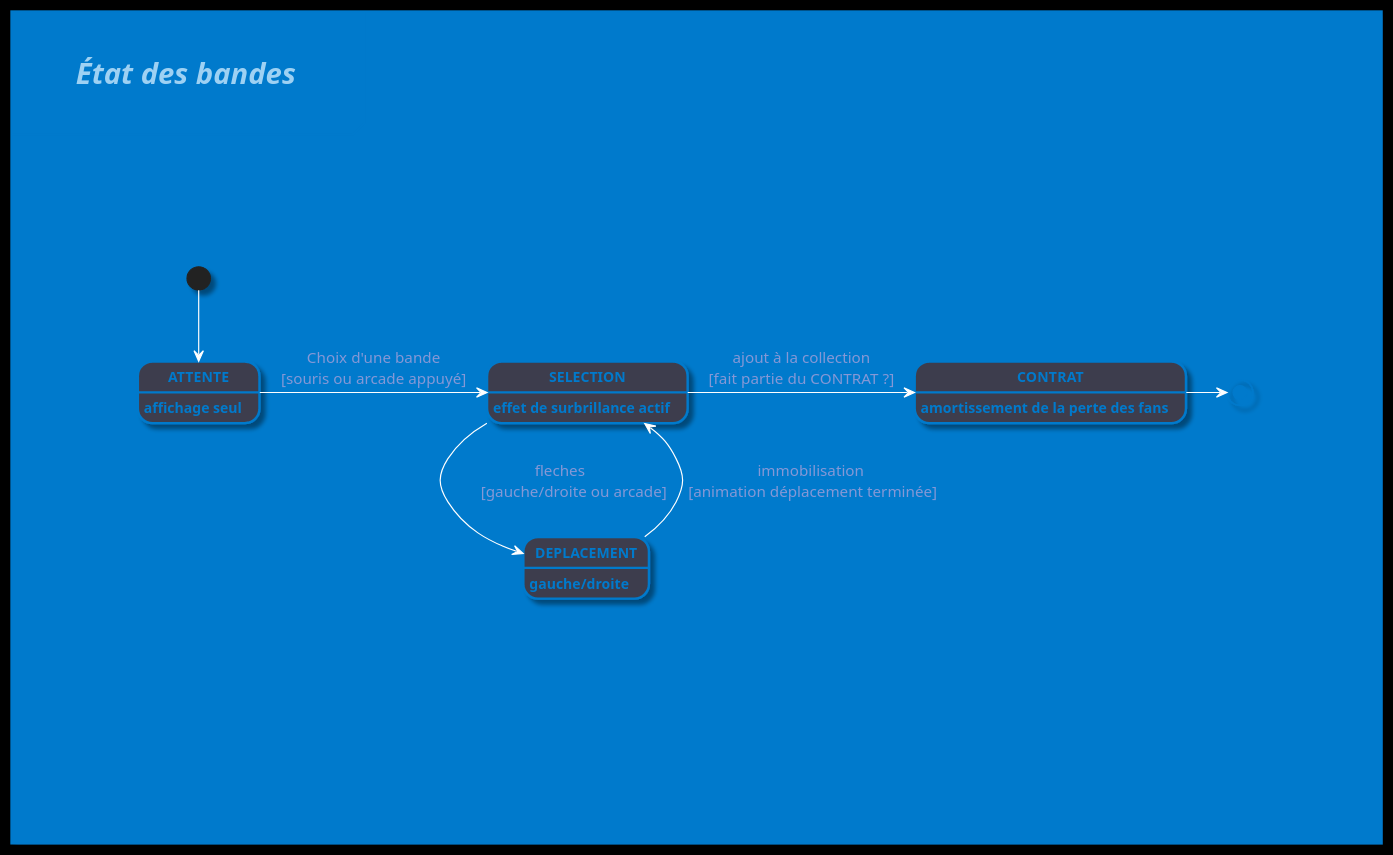
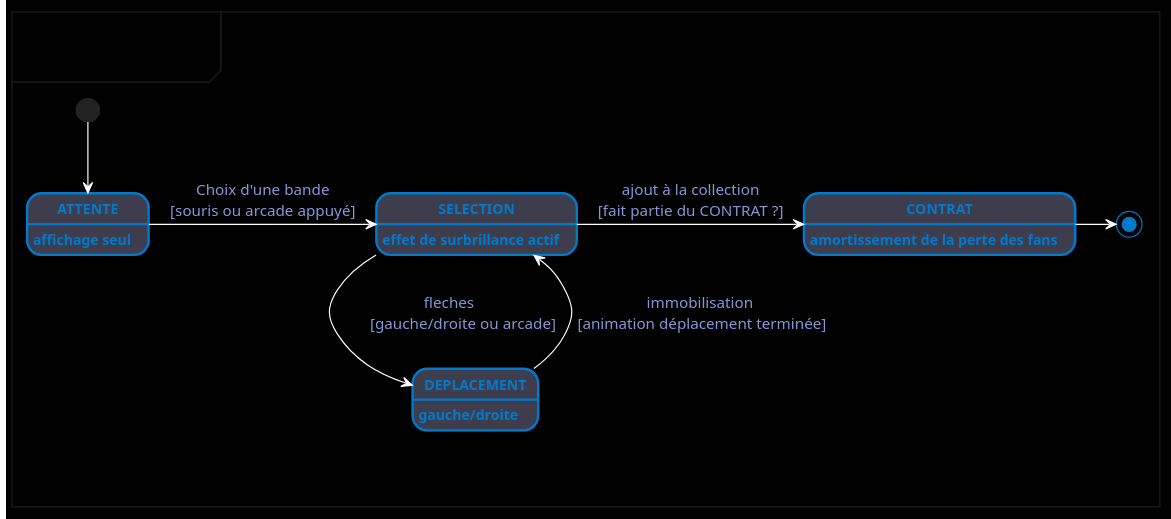
Before and after one commit to MaiveCL/Projet_session_JV: the diagram in docs/uml/puml/BandesStateDiagram.puml, drawn with PlantUML.

Commit message:
test uml auto-export

```diff
--- a/docs/uml/puml/BandesStateDiagram.puml
+++ b/docs/uml/puml/BandesStateDiagram.puml
@@ -1,66 +1,46 @@
 @startuml "État des bandes"
 ' Définir le style global
 skinparam {
-    backgroundColor 000000ff
+    backgroundColor 000000
     ' #000000 = oui
     ' #007acc = oui
     ' 92cc00ff = non, donne blanc ou ignoré
     shadowing true
     ' oui
     FontName "Consolas"
-    ArrowColor ffffffff
+    ArrowColor ffffff
     ' #ffffffff
-    ArrowFontColor 8598d6ff
+    ArrowFontColor 8598d6
     ' #8598d6ff
-    StartColor ff02c4ff
+    StartColor ff02c4
     ' #ff02c4ff = non, ignoré ou noir
     EndColor ff02c4
     ' #ff02c4 = non, ignoré ou noir
 }
 ' Style pour les states
 skinparam state {
-    BackgroundColor 3e3e4eff
+    BackgroundColor 3e3e4e
     ' #3e3e4eff = non, ignoré ou blanc
     fontColor 007acc
     ' #007acc
     BorderThickness 2.0
     BorderColor 007acc
     ' #007acc
     FontName "Consolas"
     FontSize 12
     FontStyle bold
 }
-<style>
-mainframe {
-  LineColor #007acc
-  ' #007acc
-  LineThickness 2.0
-  FontColor 9ed1f3ff
-  ' #9ed1f3ff
-  FontSize 25
-  FontStyle italic
-  ' non
-  Margin 50
-  ' non
-  Padding 100
-  ' non
-  backgroundColor : #007acc
-  ' 007acc = non, ignoré
-  ' 000000ff = non, ignoré
-  ' #000000 = non, ignoré
-}
-</style>
 mainframe \n\t**État des bandes**\t\n
 
     state ATTENTE : affichage seul
     state SELECTION : effet de surbrillance actif
     state DEPLACEMENT : gauche/droite
     state CONTRAT : amortissement de la perte des fans
 
     [*] --> ATTENTE
     ATTENTE -> SELECTION : Choix d'une bande\n[souris ou arcade appuyé]
     SELECTION -> DEPLACEMENT : fleches\n\t[gauche/droite ou arcade]\t
     DEPLACEMENT --> SELECTION :immobilisation\n [animation déplacement terminée]
     SELECTION -> CONTRAT :ajout à la collection\n[fait partie du CONTRAT ?]
     CONTRAT -> [*] #007acc
 @enduml
```
